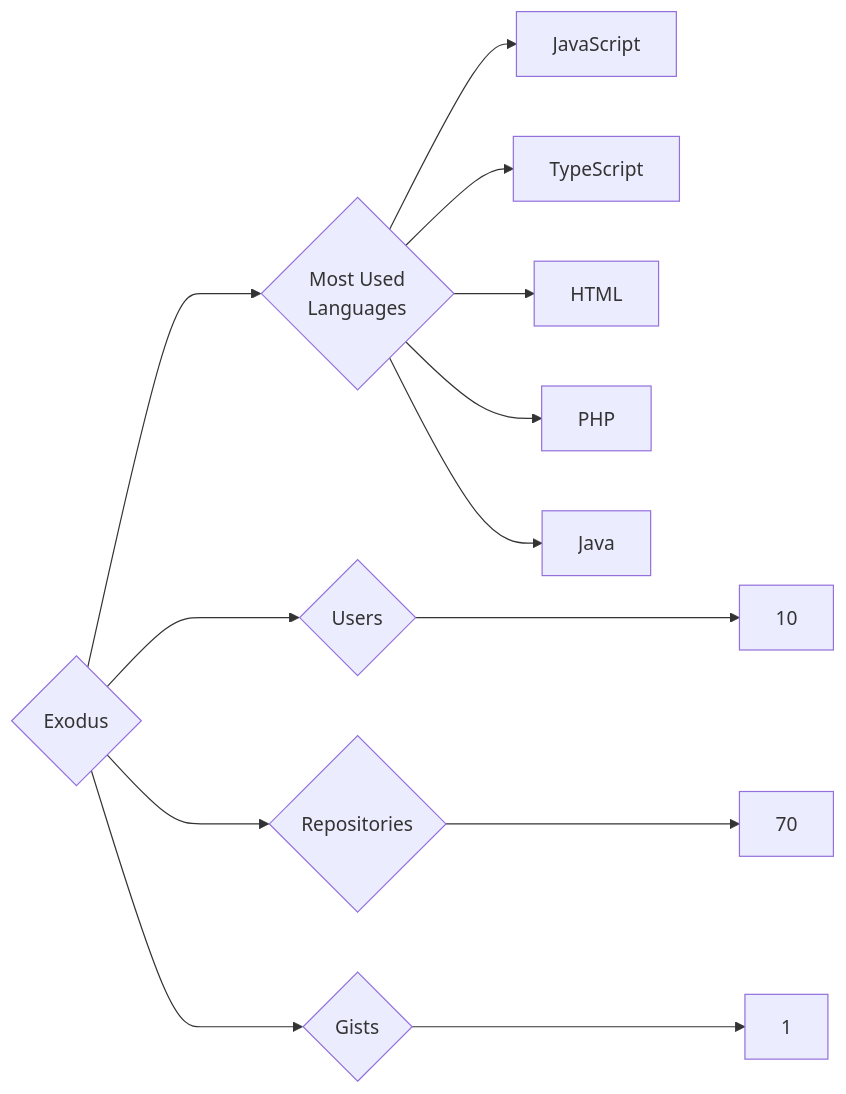
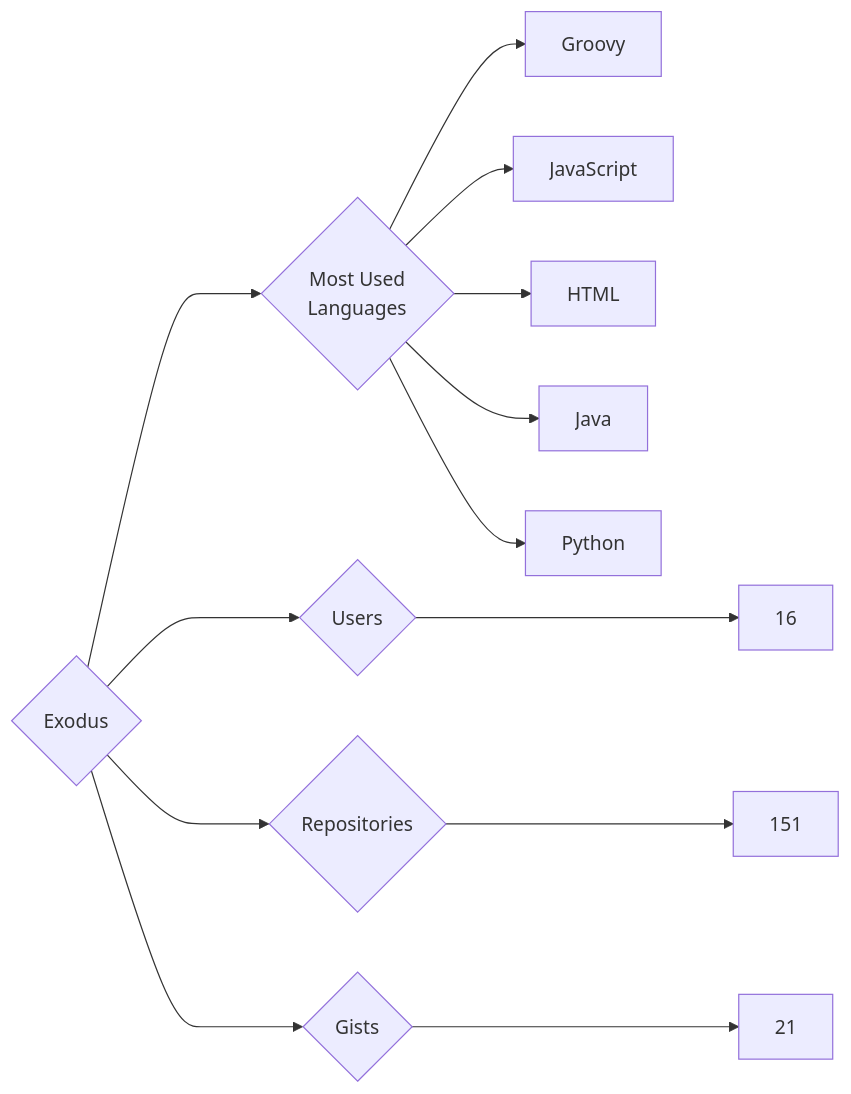
One commit to trickest/insiders changed the diagram in targets/Exodus/README.md. Above: the diagram before and after it, drawn with Mermaid. The commit also changed 681 other files, not shown here.

````diff
--- a/targets/Exodus/README.md
+++ b/targets/Exodus/README.md
@@ -3,13 +3,13 @@
 ```mermaid
 graph LR
 COMPANY_NAME{Exodus}
-COMPANY_NAME ---> U{Users} ---> UN[10]
-COMPANY_NAME ---> R{Repositories} ---> RN[70]
-COMPANY_NAME ---> G{Gists} ---> GN[1]
+COMPANY_NAME ---> U{Users} ---> UN[16]
+COMPANY_NAME ---> R{Repositories} ---> RN[151]
+COMPANY_NAME ---> G{Gists} ---> GN[21]
 COMPANY_NAME ---> ML{Most Used<br>Languages}
+ML --> Groovy[Groovy]
 ML --> JavaScript[JavaScript]
-ML --> TypeScript[TypeScript]
 ML --> HTML[HTML]
-ML --> PHP[PHP]
 ML --> Java[Java]
+ML --> Python[Python]
 ```
````
